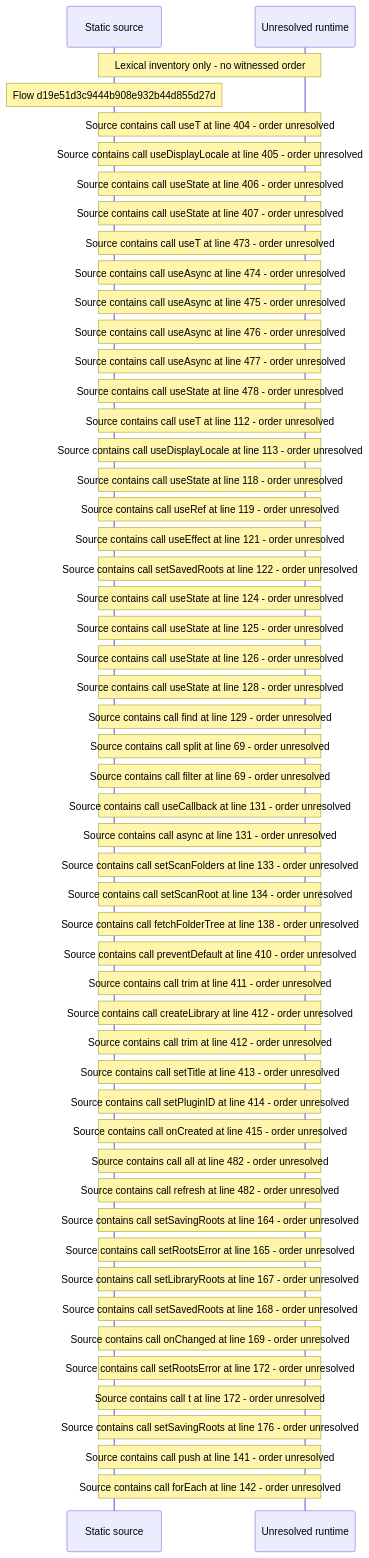
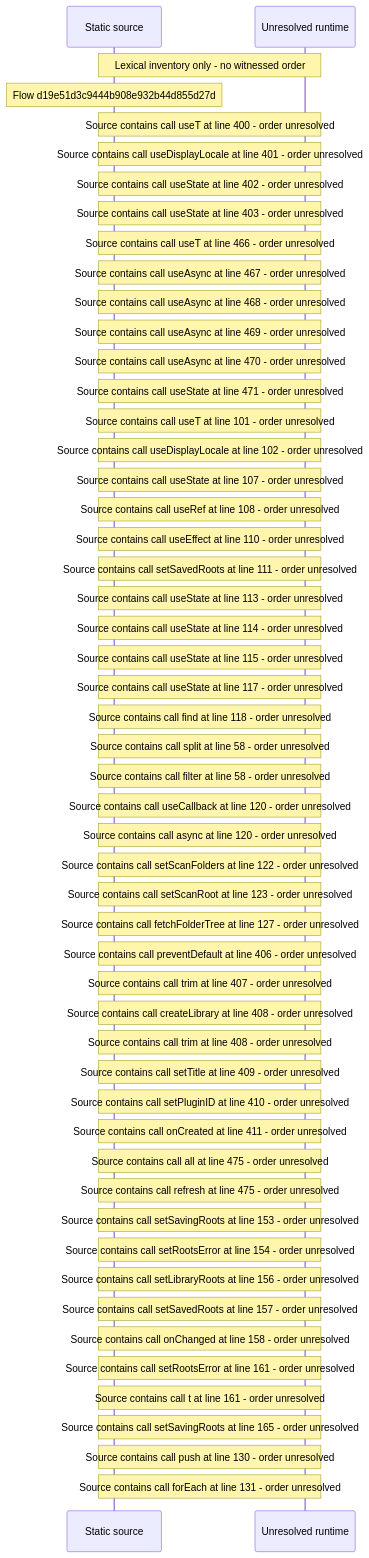
The diagram in docs/web/flows/generated/d19e51d3c9444b908e932b44d855d27d/flow-diagram.md (beamfall/core), drawn with Mermaid before and after one commit. The commit also changed other lines of this file and 715 other files, not shown here.

First line of the commit message:
Regenerate the web flow record on main after CORE-1117

````diff
--- a/docs/web/flows/generated/d19e51d3c9444b908e932b44d855d27d/flow-diagram.md
+++ b/docs/web/flows/generated/d19e51d3c9444b908e932b44d855d27d/flow-diagram.md
@@ -10,54 +10,54 @@
 ```mermaid
 sequenceDiagram
     participant S as Static source
     participant U as Unresolved runtime
     Note over S,U: Lexical inventory only - no witnessed order
     Note over S: Flow d19e51d3c9444b908e932b44d855d27d
-    Note over S,U: Source contains call useT at line 404 - order unresolved
-    Note over S,U: Source contains call useDisplayLocale at line 405 - order unresolved
-    Note over S,U: Source contains call useState at line 406 - order unresolved
-    Note over S,U: Source contains call useState at line 407 - order unresolved
-    Note over S,U: Source contains call useT at line 473 - order unresolved
-    Note over S,U: Source contains call useAsync at line 474 - order unresolved
-    Note over S,U: Source contains call useAsync at line 475 - order unresolved
-    Note over S,U: Source contains call useAsync at line 476 - order unresolved
-    Note over S,U: Source contains call useAsync at line 477 - order unresolved
-    Note over S,U: Source contains call useState at line 478 - order unresolved
-    Note over S,U: Source contains call useT at line 112 - order unresolved
-    Note over S,U: Source contains call useDisplayLocale at line 113 - order unresolved
-    Note over S,U: Source contains call useState at line 118 - order unresolved
-    Note over S,U: Source contains call useRef at line 119 - order unresolved
-    Note over S,U: Source contains call useEffect at line 121 - order unresolved
-    Note over S,U: Source contains call setSavedRoots at line 122 - order unresolved
-    Note over S,U: Source contains call useState at line 124 - order unresolved
-    Note over S,U: Source contains call useState at line 125 - order unresolved
-    Note over S,U: Source contains call useState at line 126 - order unresolved
-    Note over S,U: Source contains call useState at line 128 - order unresolved
-    Note over S,U: Source contains call find at line 129 - order unresolved
-    Note over S,U: Source contains call split at line 69 - order unresolved
-    Note over S,U: Source contains call filter at line 69 - order unresolved
-    Note over S,U: Source contains call useCallback at line 131 - order unresolved
-    Note over S,U: Source contains call async at line 131 - order unresolved
-    Note over S,U: Source contains call setScanFolders at line 133 - order unresolved
-    Note over S,U: Source contains call setScanRoot at line 134 - order unresolved
-    Note over S,U: Source contains call fetchFolderTree at line 138 - order unresolved
-    Note over S,U: Source contains call preventDefault at line 410 - order unresolved
-    Note over S,U: Source contains call trim at line 411 - order unresolved
-    Note over S,U: Source contains call createLibrary at line 412 - order unresolved
-    Note over S,U: Source contains call trim at line 412 - order unresolved
-    Note over S,U: Source contains call setTitle at line 413 - order unresolved
-    Note over S,U: Source contains call setPluginID at line 414 - order unresolved
-    Note over S,U: Source contains call onCreated at line 415 - order unresolved
-    Note over S,U: Source contains call all at line 482 - order unresolved
-    Note over S,U: Source contains call refresh at line 482 - order unresolved
-    Note over S,U: Source contains call setSavingRoots at line 164 - order unresolved
-    Note over S,U: Source contains call setRootsError at line 165 - order unresolved
-    Note over S,U: Source contains call setLibraryRoots at line 167 - order unresolved
-    Note over S,U: Source contains call setSavedRoots at line 168 - order unresolved
-    Note over S,U: Source contains call onChanged at line 169 - order unresolved
-    Note over S,U: Source contains call setRootsError at line 172 - order unresolved
-    Note over S,U: Source contains call t at line 172 - order unresolved
-    Note over S,U: Source contains call setSavingRoots at line 176 - order unresolved
-    Note over S,U: Source contains call push at line 141 - order unresolved
-    Note over S,U: Source contains call forEach at line 142 - order unresolved
+    Note over S,U: Source contains call useT at line 400 - order unresolved
+    Note over S,U: Source contains call useDisplayLocale at line 401 - order unresolved
+    Note over S,U: Source contains call useState at line 402 - order unresolved
+    Note over S,U: Source contains call useState at line 403 - order unresolved
+    Note over S,U: Source contains call useT at line 466 - order unresolved
+    Note over S,U: Source contains call useAsync at line 467 - order unresolved
+    Note over S,U: Source contains call useAsync at line 468 - order unresolved
+    Note over S,U: Source contains call useAsync at line 469 - order unresolved
+    Note over S,U: Source contains call useAsync at line 470 - order unresolved
+    Note over S,U: Source contains call useState at line 471 - order unresolved
+    Note over S,U: Source contains call useT at line 101 - order unresolved
+    Note over S,U: Source contains call useDisplayLocale at line 102 - order unresolved
+    Note over S,U: Source contains call useState at line 107 - order unresolved
+    Note over S,U: Source contains call useRef at line 108 - order unresolved
+    Note over S,U: Source contains call useEffect at line 110 - order unresolved
+    Note over S,U: Source contains call setSavedRoots at line 111 - order unresolved
+    Note over S,U: Source contains call useState at line 113 - order unresolved
+    Note over S,U: Source contains call useState at line 114 - order unresolved
+    Note over S,U: Source contains call useState at line 115 - order unresolved
+    Note over S,U: Source contains call useState at line 117 - order unresolved
+    Note over S,U: Source contains call find at line 118 - order unresolved
+    Note over S,U: Source contains call split at line 58 - order unresolved
+    Note over S,U: Source contains call filter at line 58 - order unresolved
+    Note over S,U: Source contains call useCallback at line 120 - order unresolved
+    Note over S,U: Source contains call async at line 120 - order unresolved
+    Note over S,U: Source contains call setScanFolders at line 122 - order unresolved
+    Note over S,U: Source contains call setScanRoot at line 123 - order unresolved
+    Note over S,U: Source contains call fetchFolderTree at line 127 - order unresolved
+    Note over S,U: Source contains call preventDefault at line 406 - order unresolved
+    Note over S,U: Source contains call trim at line 407 - order unresolved
+    Note over S,U: Source contains call createLibrary at line 408 - order unresolved
+    Note over S,U: Source contains call trim at line 408 - order unresolved
+    Note over S,U: Source contains call setTitle at line 409 - order unresolved
+    Note over S,U: Source contains call setPluginID at line 410 - order unresolved
+    Note over S,U: Source contains call onCreated at line 411 - order unresolved
+    Note over S,U: Source contains call all at line 475 - order unresolved
+    Note over S,U: Source contains call refresh at line 475 - order unresolved
+    Note over S,U: Source contains call setSavingRoots at line 153 - order unresolved
+    Note over S,U: Source contains call setRootsError at line 154 - order unresolved
+    Note over S,U: Source contains call setLibraryRoots at line 156 - order unresolved
+    Note over S,U: Source contains call setSavedRoots at line 157 - order unresolved
+    Note over S,U: Source contains call onChanged at line 158 - order unresolved
+    Note over S,U: Source contains call setRootsError at line 161 - order unresolved
+    Note over S,U: Source contains call t at line 161 - order unresolved
+    Note over S,U: Source contains call setSavingRoots at line 165 - order unresolved
+    Note over S,U: Source contains call push at line 130 - order unresolved
+    Note over S,U: Source contains call forEach at line 131 - order unresolved
 ```
````
